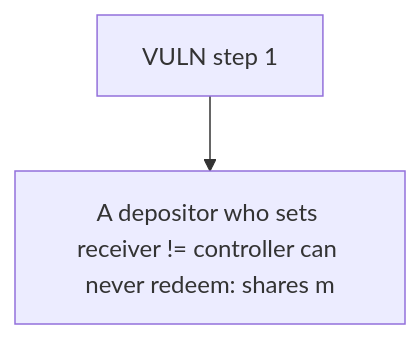
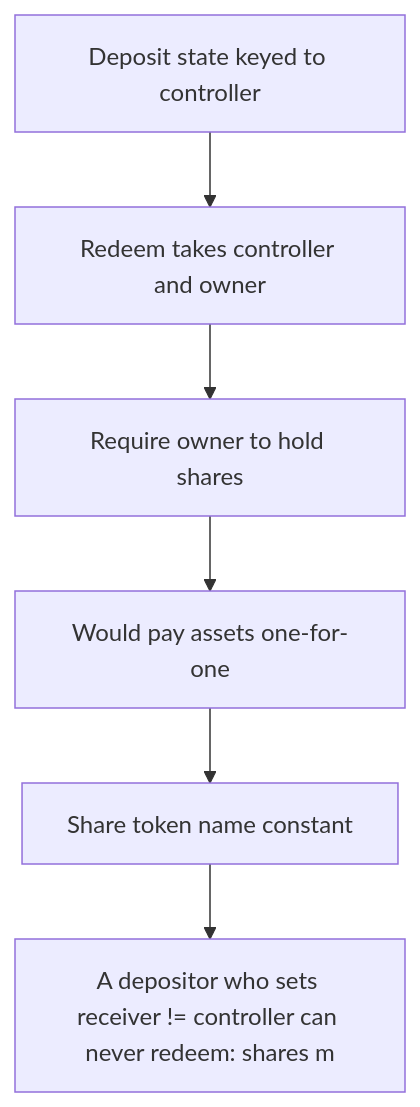
Before and after one commit to sanbir/evm-hack-registry: the diagram in 63077-controller-and-receiver-cannot-redeem-shares-after-depositin_exp/63077-controller-and-receiver-cannot-redeem-shares-after-depositin_exp.md, drawn with Mermaid. The commit also changed other lines of this file and 79 other files, not shown here.

````diff
--- a/63077-controller-and-receiver-cannot-redeem-shares-after-depositin_exp/63077-controller-and-receiver-cannot-redeem-shares-after-depositin_exp.md
+++ b/63077-controller-and-receiver-cannot-redeem-shares-after-depositin_exp/63077-controller-and-receiver-cannot-redeem-shares-after-depositin_exp.md
@@ -28,6 +28,14 @@
 ```mermaid
 flowchart TD
-  S0["VULN step 1"]
+  S0["Deposit state keyed to controller"]
+  S1["Redeem takes controller and owner"]
+  S2["Require owner to hold shares"]
+  S3["Would pay assets one-for-one"]
+  S4["Share token name constant"]
   H["A depositor who sets receiver != controller can never redeem: shares m"]
-  S0 --> H
+  S0 --> S1
+  S1 --> S2
+  S2 --> S3
+  S3 --> S4
+  S4 --> H
 ```
````
